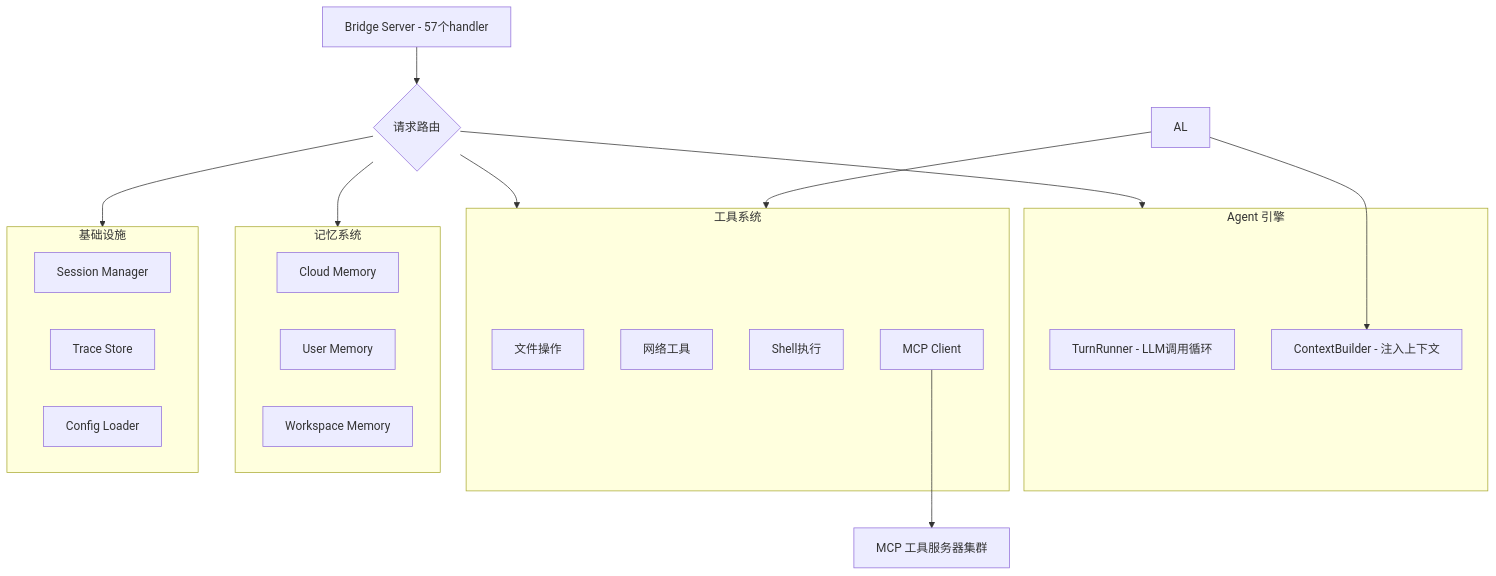
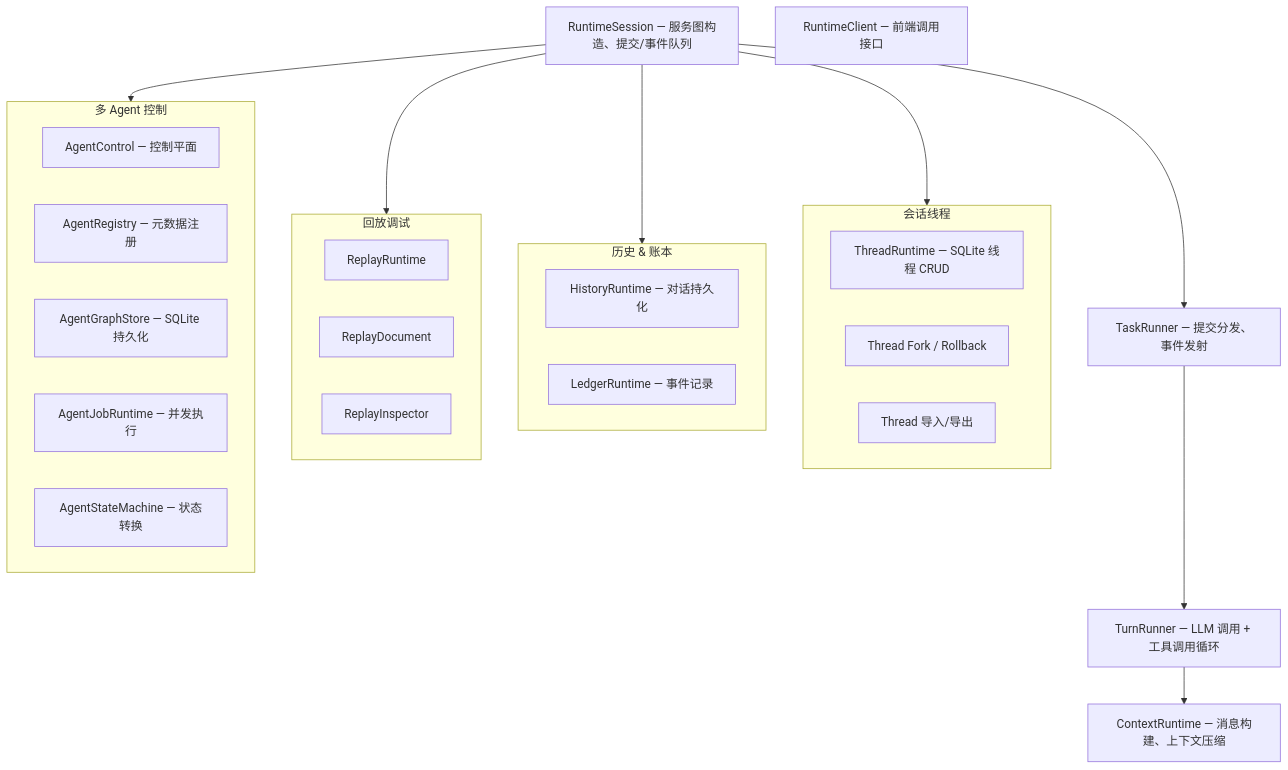
One commit to 14790897/MiQi changed the third of 5 diagrams in docs/architecture.md. Above: the diagram before and after it, drawn with Mermaid. The commit also changed other lines of this file and 12 other files, not shown here.

````diff
--- a/docs/architecture.md
+++ b/docs/architecture.md
@@ -35,40 +59,40 @@
 ```mermaid
 graph TB
-    BS[Bridge Server - 57个handler]
-    R{请求路由}
+    RS[RuntimeSession — 服务图构造、提交/事件队列]
+    RC[RuntimeClient — 前端调用接口]
+    TR[TaskRunner — 提交分发、事件发射]
+    TuR[TurnRunner — LLM 调用 + 工具调用循环]
+    CR[ContextRuntime — 消息构建、上下文压缩]
 
-    BS --> R
-
-    subgraph AgentEngine [Agent 引擎]
-        TR[TurnRunner - LLM调用循环]
-        CTX[ContextBuilder - 注入上下文]
+    subgraph Thread [会话线程]
+        ThR[ThreadRuntime — SQLite 线程 CRUD]
+        TF[Thread Fork / Rollback]
+        TE[Thread 导入/导出]
     end
 
-    subgraph ToolSystem [工具系统]
-        FS[文件操作]
-        NET[网络工具]
-        EXEC[Shell执行]
-        MCP_C[MCP Client]
+    subgraph History [历史 & 账本]
+        HR[HistoryRuntime — 对话持久化]
+        LR[LedgerRuntime — 事件记录]
     end
 
-    subgraph MemorySys [记忆系统]
-        CLOUD[Cloud Memory]
-        USR[User Memory]
-        WSP[Workspace Memory]
+    subgraph Replay [回放调试]
+        RR[ReplayRuntime]
+        RD[ReplayDocument]
+        RI[ReplayInspector]
     end
 
-    subgraph Infra [基础设施]
-        SM[Session Manager]
-        TS[Trace Store]
-        CFG[Config Loader]
+    subgraph Agent [多 Agent 控制]
+        AC[AgentControl — 控制平面]
+        AR[AgentRegistry — 元数据注册]
+        AGS[AgentGraphStore — SQLite 持久化]
+        AJR[AgentJobRuntime — 并发执行]
+        ASM[AgentStateMachine — 状态转换]
     end
 
-    R --> AgentEngine
-    R --> ToolSystem
-    R --> MemorySys
-    R --> Infra
-
-    AL --> CTX
-    AL --> ToolSystem
-    MCP_C --> MCPS[MCP 工具服务器集群]
+    RS --> TR --> TuR
+    TuR --> CR
+    RS --> Thread
+    RS --> History
+    RS --> Replay
+    RS --> Agent
 ```
````
